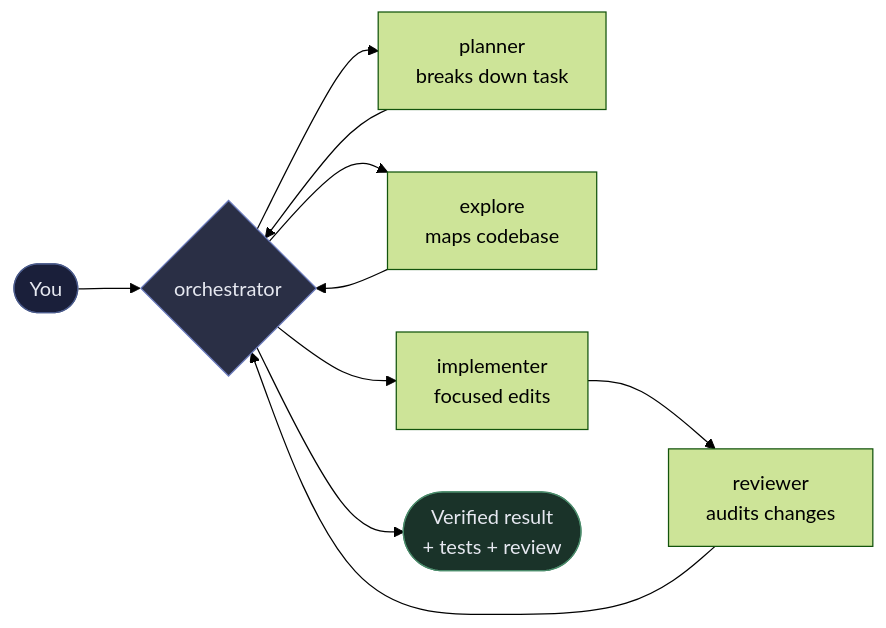
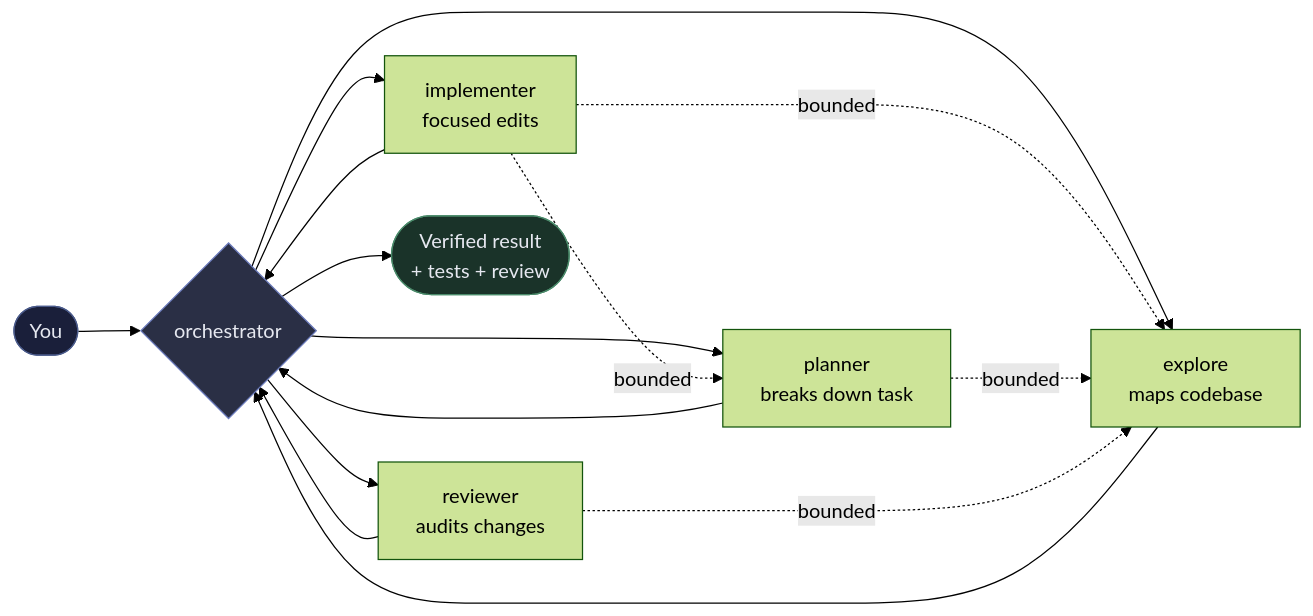
One commit to cldmnky/opencode-orchestrator changed the diagram in README.md. Above: the diagram before and after it, drawn with Mermaid (forest theme). The commit also changed other lines of this file and 11 other files, not shown here.

````diff
--- a/README.md
+++ b/README.md
@@ -116,16 +146,21 @@
 ```mermaid
 flowchart LR
     U([You]) --> O{orchestrator}
     O --> P[planner<br/>breaks down task]
     O --> E[explore<br/>maps codebase]
+    O --> I[implementer<br/>focused edits]
+    O --> R[reviewer<br/>audits changes]
+    I -. bounded .-> P
+    I -. bounded .-> E
+    P -. bounded .-> E
+    R -. bounded .-> E
     P --> O
     E --> O
-    O --> I[implementer<br/>focused edits]
-    I --> R[reviewer<br/>audits changes]
+    I --> O
     R --> O
     O --> U2([Verified result<br/>+ tests + review])
 
     style U fill:#1a1f3a,stroke:#4a5a8a,color:#e6e8f0
     style U2 fill:#1a3329,stroke:#4a8a6a,color:#e6e8f0
     style O fill:#2a2f45,stroke:#6a7abb,color:#e6e8f0
 ```
````
